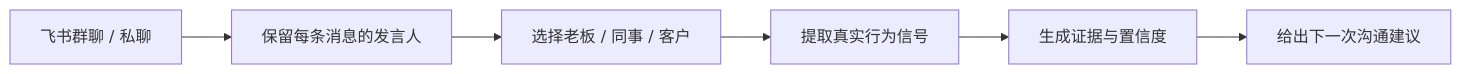
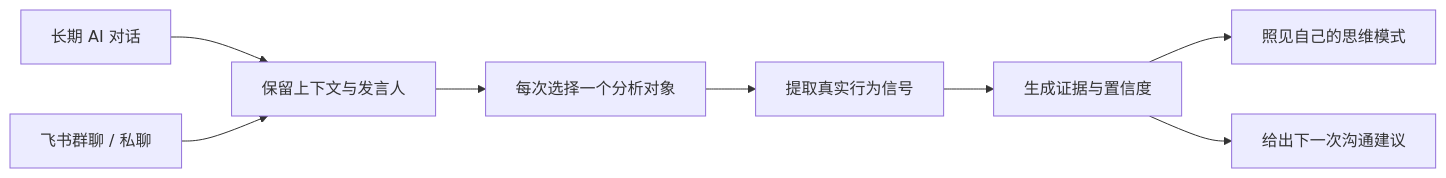
Before and after one commit to AIPMAndy/KnowMe: the diagram in README.md, drawn with Mermaid. The commit also changed other lines of this file and 1 other file, not shown here.

````diff
--- a/README.md
+++ b/README.md
@@ -48,8 +66,10 @@
 ```mermaid
 flowchart LR
-    A[飞书群聊 / 私聊] --> B[保留每条消息的发言人]
-    B --> C[选择老板 / 同事 / 客户]
+    A1[长期 AI 对话] --> B[保留上下文与发言人]
+    A2[飞书群聊 / 私聊] --> B
+    B --> C[每次选择一个分析对象]
     C --> D[提取真实行为信号]
     D --> E[生成证据与置信度]
-    E --> F[给出下一次沟通建议]
+    E --> F1[照见自己的思维模式]
+    E --> F2[给出下一次沟通建议]
 ```
````
